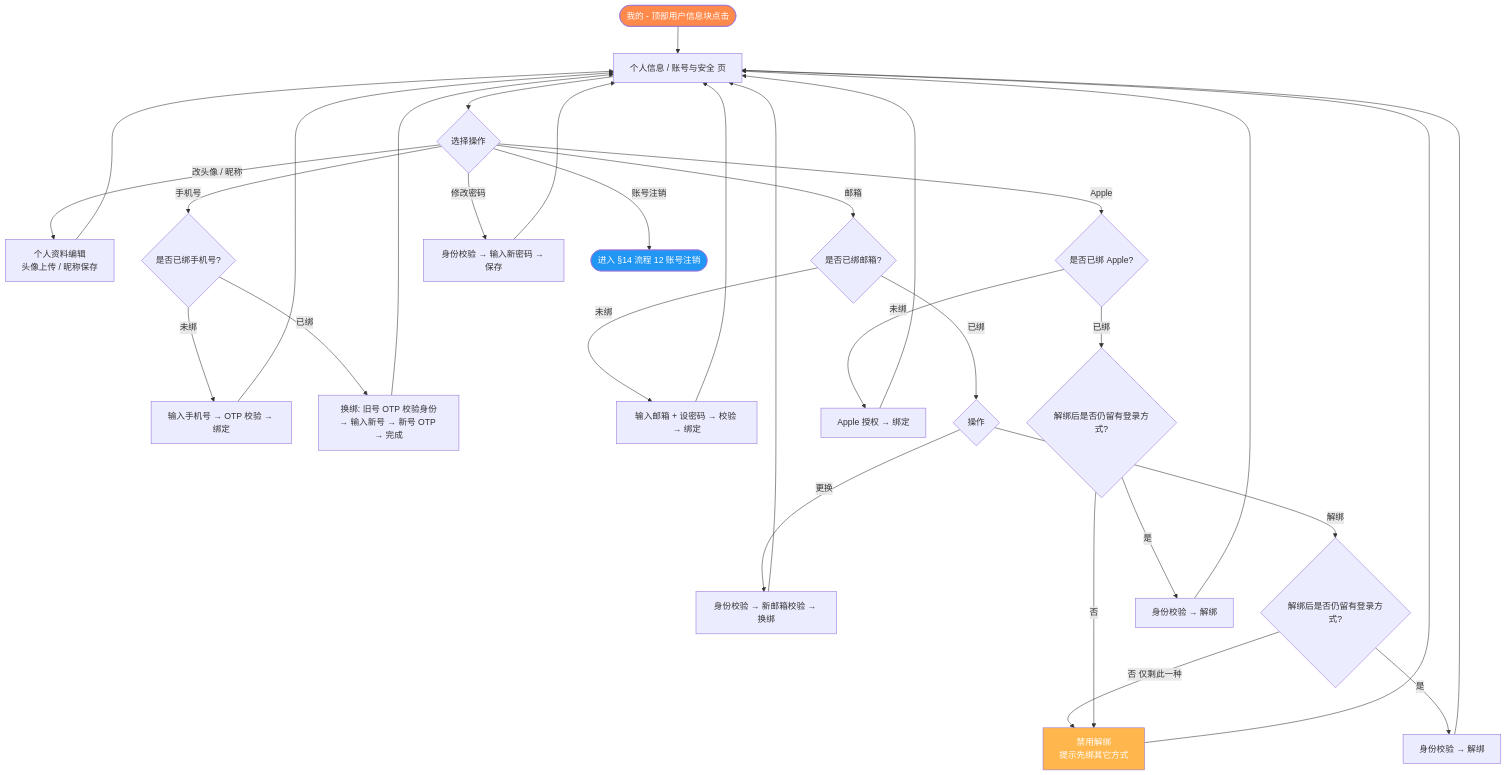
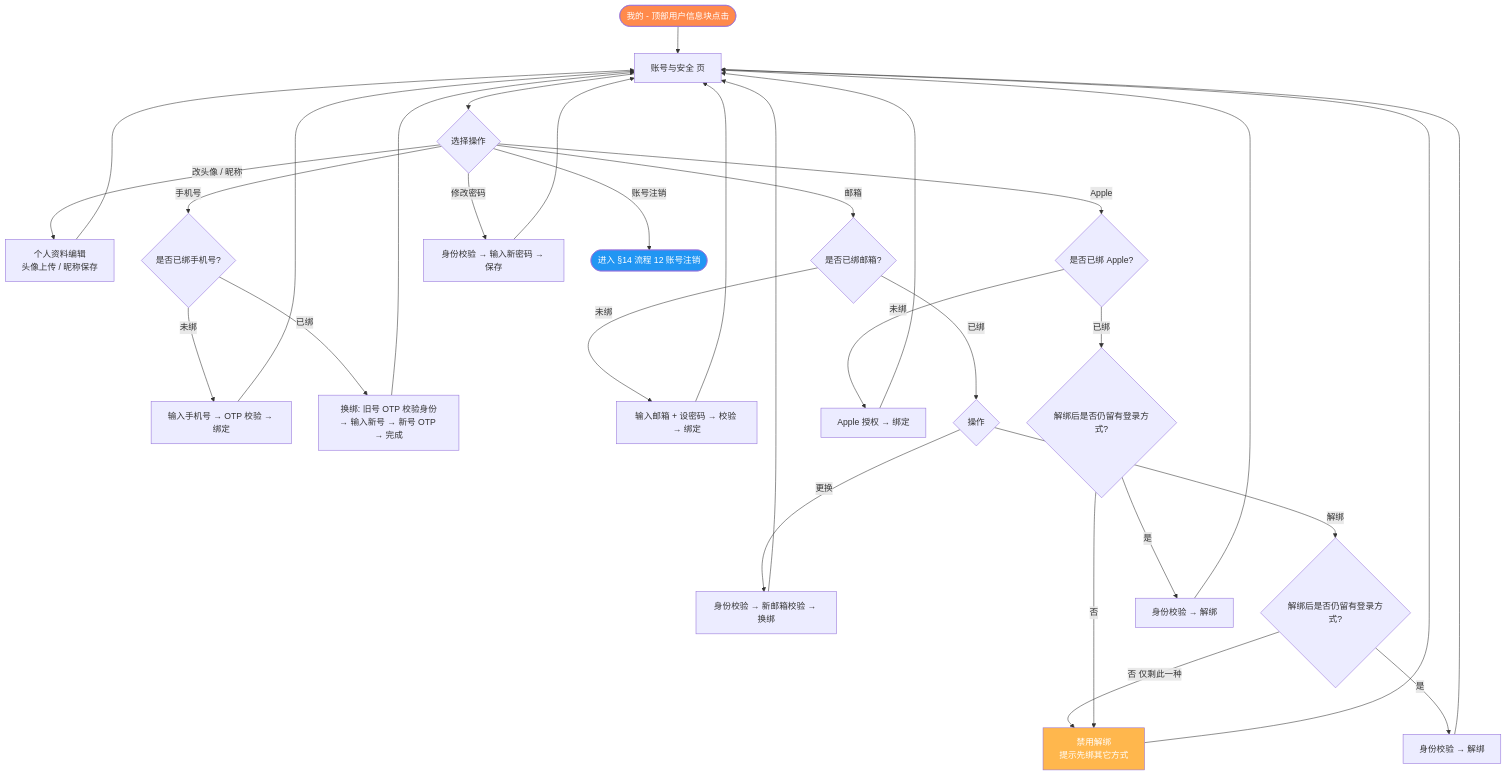
One commit to raochen0000/HomeBook changed diagram 16 of 16 in docs/PRD.md. Above: the diagram before and after it, drawn with Mermaid. The commit also changed other lines of this file and 2 other files, not shown here.

````diff
--- a/docs/PRD.md
+++ b/docs/PRD.md
@@ -1478,44 +1478,44 @@
 ```mermaid
 flowchart TD
-    A([我的 - 顶部用户信息块点击]) --> B[个人信息 / 账号与安全 页]
+    A([我的 - 顶部用户信息块点击]) --> B[账号与安全 页]
     B --> C{选择操作}
 
     C -- 改头像 / 昵称 --> D[个人资料编辑<br/>头像上传 / 昵称保存]
     D --> B
 
     C -- 手机号 --> P{是否已绑手机号?}
     P -- 未绑 --> P1[输入手机号 → OTP 校验 → 绑定]
     P -- 已绑 --> P2[换绑: 旧号 OTP 校验身份<br/>→ 输入新号 → 新号 OTP → 完成]
 
     C -- 邮箱 --> E{是否已绑邮箱?}
     E -- 未绑 --> E1[输入邮箱 + 设密码 → 校验 → 绑定]
     E -- 已绑 --> E2{操作}
     E2 -- 更换 --> E2a[身份校验 → 新邮箱校验 → 换绑]
     E2 -- 解绑 --> E2b{解绑后是否仍留有登录方式?}
     E2b -- 否 仅剩此一种 --> Guard[禁用解绑<br/>提示先绑其它方式]
     E2b -- 是 --> E2c[身份校验 → 解绑]
 
     C -- Apple --> F{是否已绑 Apple?}
     F -- 未绑 --> F1[Apple 授权 → 绑定]
     F -- 已绑 --> F2{解绑后是否仍留有登录方式?}
     F2 -- 否 --> Guard
     F2 -- 是 --> F3[身份校验 → 解绑]
 
     C -- 修改密码 --> G[身份校验 → 输入新密码 → 保存]
 
     C -- 账号注销 --> H([进入 §14 流程 12 账号注销])
 
     P1 --> B
     P2 --> B
     E1 --> B
     E2a --> B
     E2c --> B
     F1 --> B
     F3 --> B
     G --> B
     Guard --> B
 
     style A fill:#FF8A4C,color:#fff
     style H fill:#2196F3,color:#fff
     style Guard fill:#FFB74D,color:#fff
 ```
````
